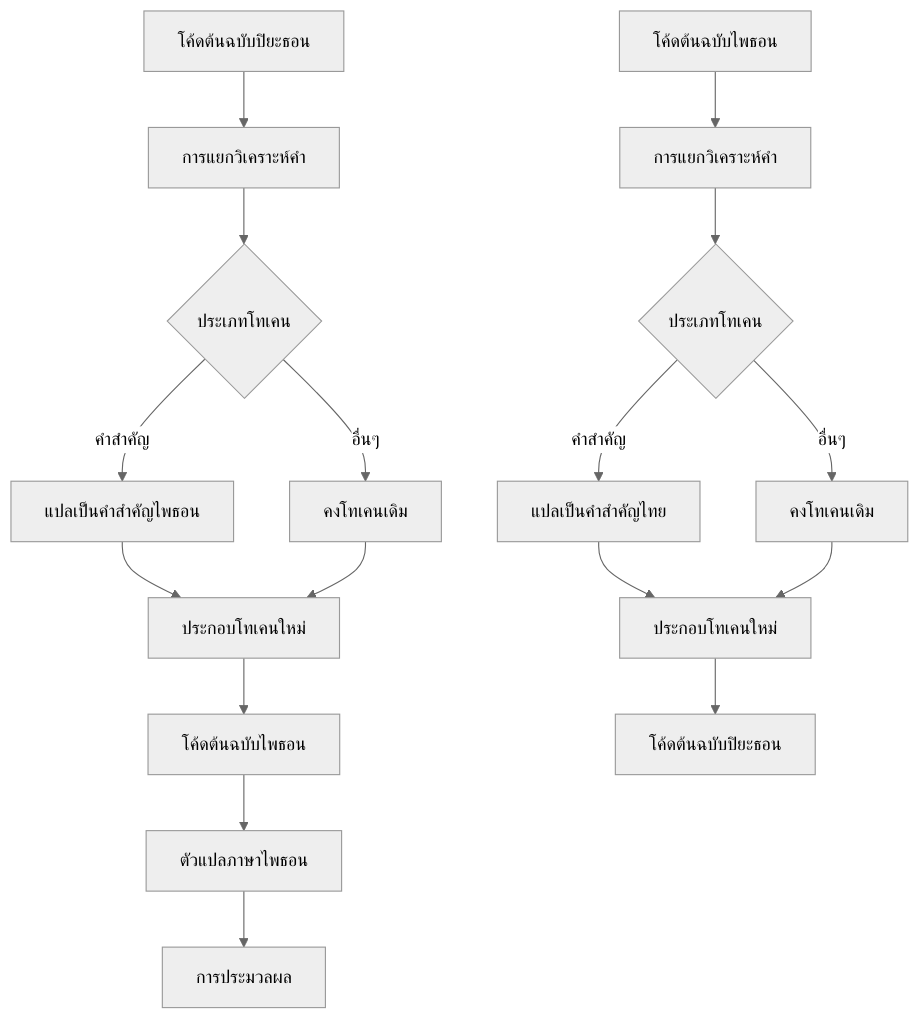
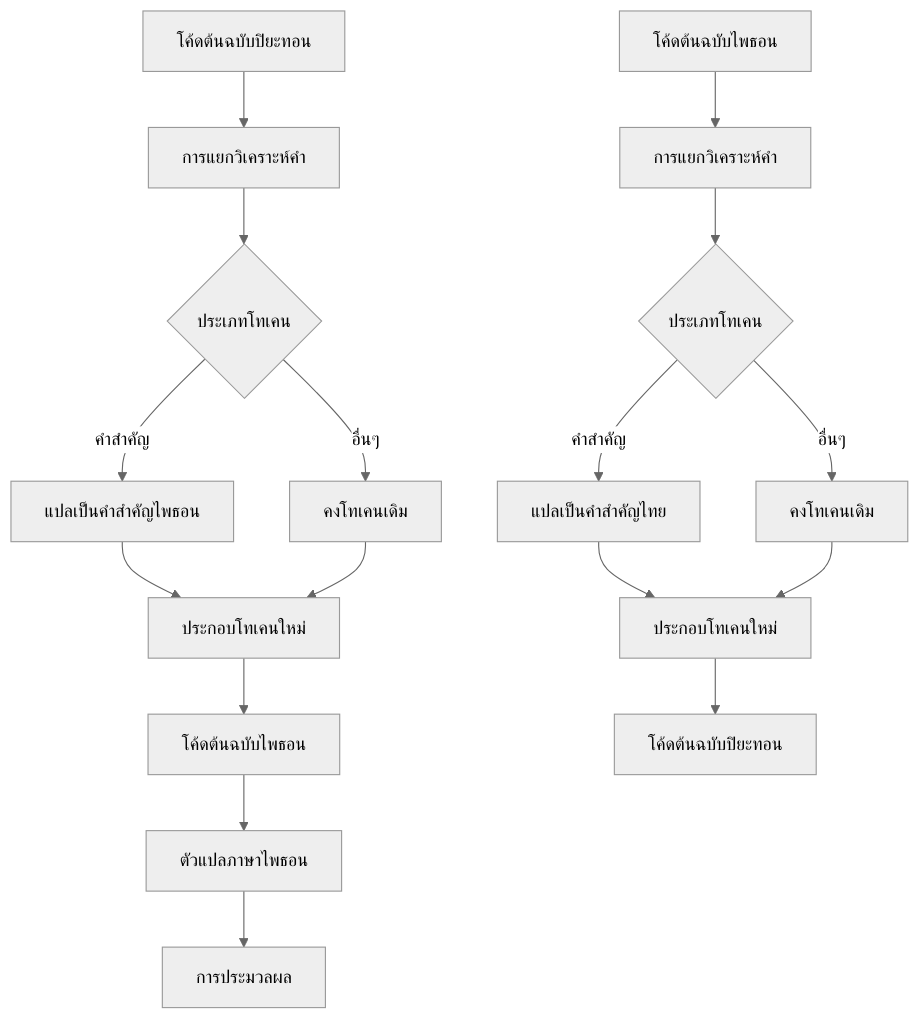
One commit to piyawish/piyathon changed the second of 4 diagrams in docs/how_it_works.md. Above: the diagram before and after it, drawn with Mermaid (neutral theme). The commit also changed other lines of this file and 3 other files, not shown here.

Commit message:
change ปิยะธอน to ปิยะทอน

````diff
--- a/docs/how_it_works.md
+++ b/docs/how_it_works.md
@@ -32,20 +32,20 @@
 ```mermaid
 graph TD
-    A[โค้ดต้นฉบับปิยะธอน] --> B[การแยกวิเคราะห์คำ]
+    A[โค้ดต้นฉบับปิยะทอน] --> B[การแยกวิเคราะห์คำ]
     B --> C{ประเภทโทเคน}
     C -->|คำสำคัญ| D[แปลเป็นคำสำคัญไพธอน]
     C -->|อื่นๆ| E[คงโทเคนเดิม]
     D --> F[ประกอบโทเคนใหม่]
     E --> F
     F --> G[โค้ดต้นฉบับไพธอน]
     G --> H[ตัวแปลภาษาไพธอน]
     H --> I[การประมวลผล]
 
     J[โค้ดต้นฉบับไพธอน] --> K[การแยกวิเคราะห์คำ]
     K --> L{ประเภทโทเคน}
     L -->|คำสำคัญ| M[แปลเป็นคำสำคัญไทย]
     L -->|อื่นๆ| N[คงโทเคนเดิม]
     M --> O[ประกอบโทเคนใหม่]
     N --> O
-    O --> P[โค้ดต้นฉบับปิยะธอน]
+    O --> P[โค้ดต้นฉบับปิยะทอน]
 ```
````
